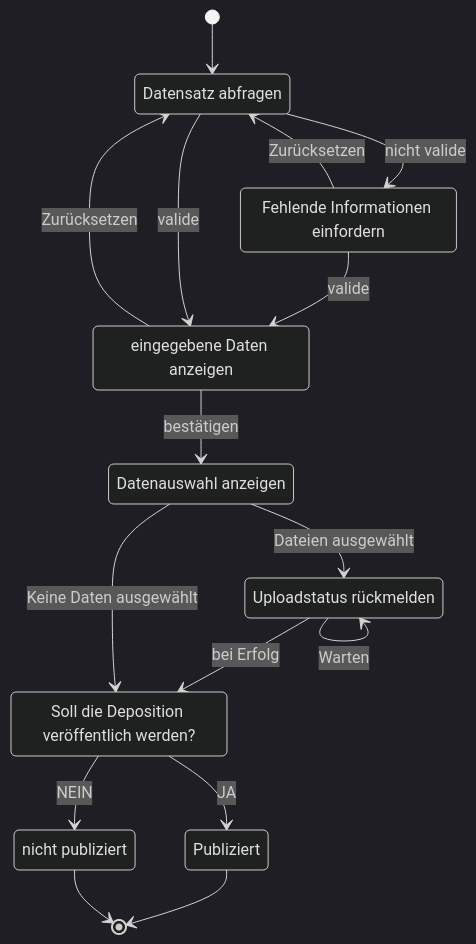
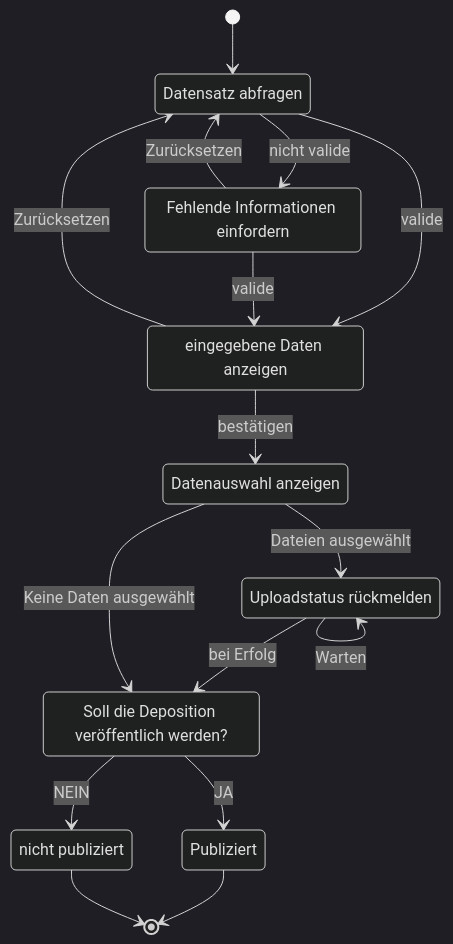
Before and after one commit to Sciebo-RDS/Sciebo-RDS: the diagram in docs/content/doc/impl/adapters/spa-exporter.de.md, drawn with Mermaid (dark theme). The commit also changed 12 other files, not shown here.

````diff
--- a/docs/content/doc/impl/adapters/spa-exporter.de.md
+++ b/docs/content/doc/impl/adapters/spa-exporter.de.md
@@ -28,27 +28,28 @@
 ```mermaid
 stateDiagram
   [*] --> A
   A --> B: nicht valide
+  A --> C: valide
+  B --> A: Zurücksetzen
   B --> C: valide
+  C --> A: Zurücksetzen
   C --> D: bestätigen
   D --> E: Dateien ausgewählt
   E --> F: bei Erfolg
   E --> E: Warten
   F --> G: JA
   F --> H: NEIN
   G --> [*]
   H --> [*]
-  B --> A: Zurücksetzen
-  C --> A: Zurücksetzen
+
   D --> F: Keine Daten ausgewählt
-  A --> C: valide
 
   A: Datensatz abfragen
   B: Fehlende Informationen einfordern
   C: eingegebene Daten anzeigen
   D: Datenauswahl anzeigen
   E: Uploadstatus rückmelden
   F: Soll die Deposition veröffentlich werden?
   G: Publiziert
   H: nicht publiziert
 ```
````
